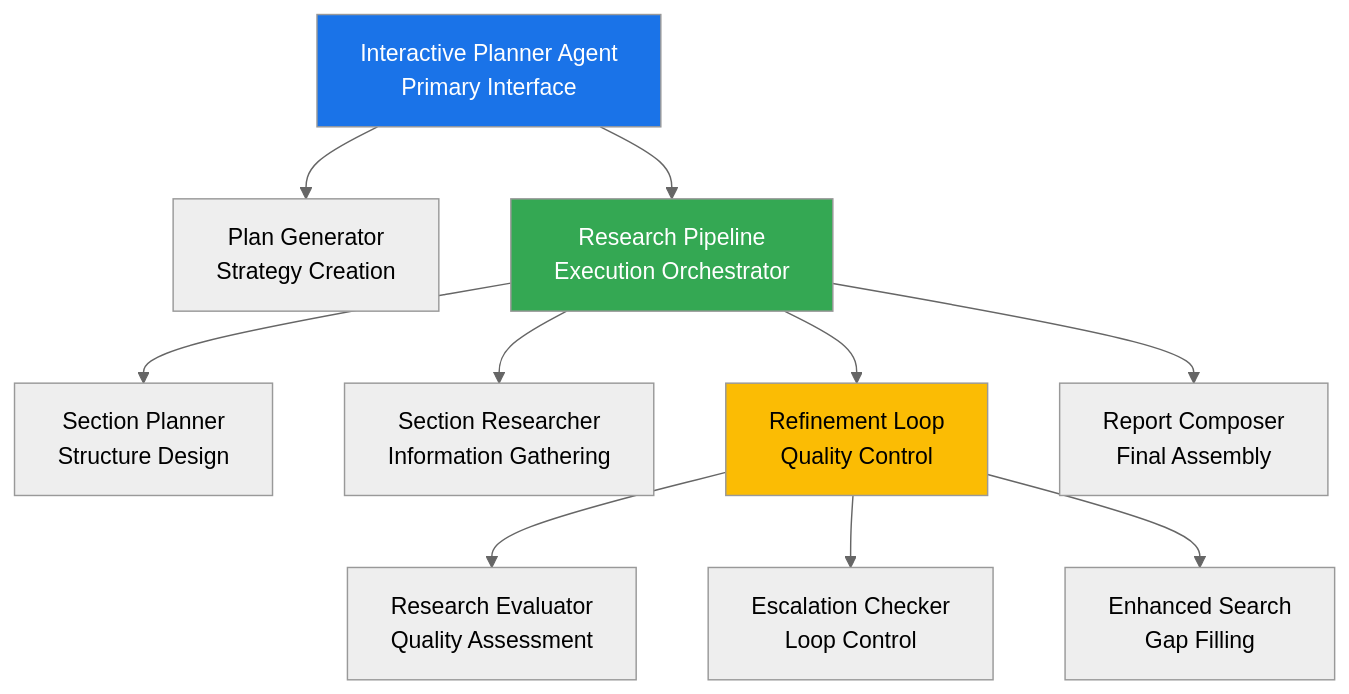
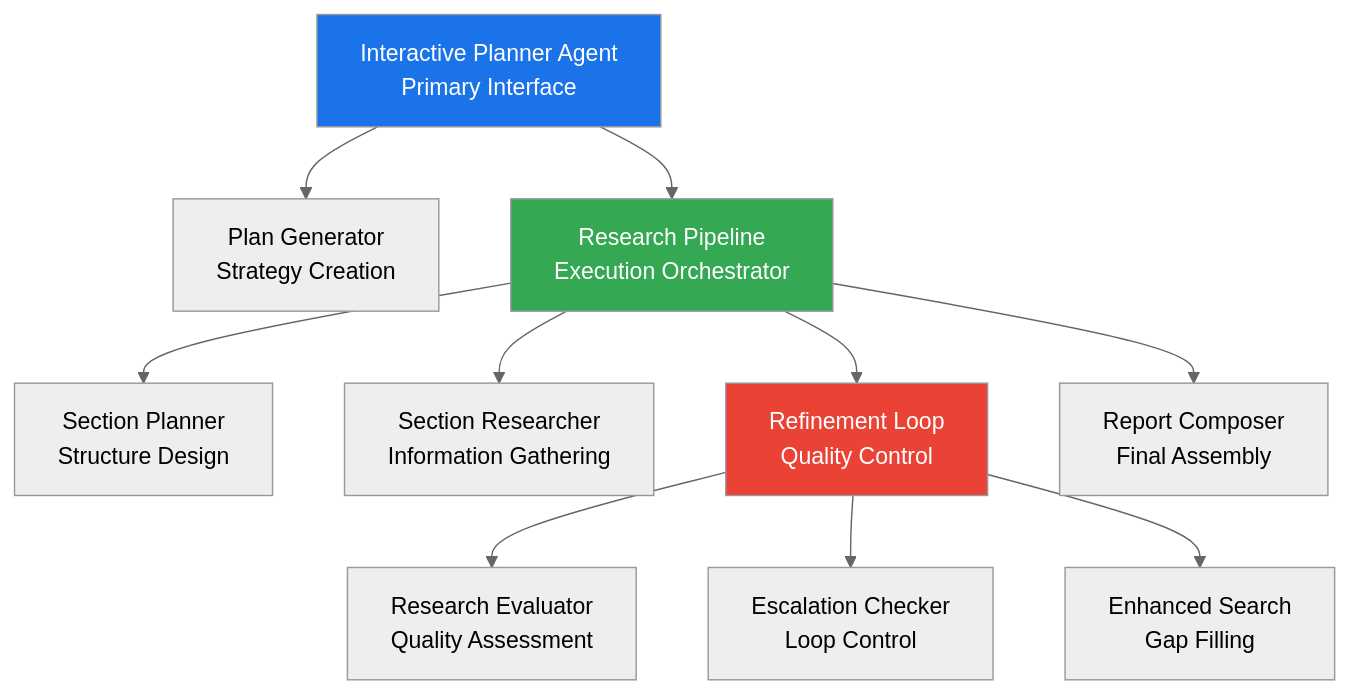
Before and after one commit to NickB03/vana: the fourth of 5 diagrams in README.md, drawn with Mermaid (neutral theme). The commit also changed other lines of this file, not shown here.

````diff
--- a/README.md
+++ b/README.md
@@ -263,20 +262,20 @@
 ```mermaid
 graph TD
     IA[Interactive Planner Agent<br/>Primary Interface] 
     
     IA --> PG[Plan Generator<br/>Strategy Creation]
     IA --> RP[Research Pipeline<br/>Execution Orchestrator]
     
     RP --> SP[Section Planner<br/>Structure Design]
     RP --> SR[Section Researcher<br/>Information Gathering]
     RP --> RL[Refinement Loop<br/>Quality Control]
     RP --> RC[Report Composer<br/>Final Assembly]
     
     RL --> RE[Research Evaluator<br/>Quality Assessment]
     RL --> EC[Escalation Checker<br/>Loop Control]
     RL --> ES[Enhanced Search<br/>Gap Filling]
     
     style IA fill:#1a73e8,color:#fff
     style RP fill:#34a853,color:#fff
-    style RL fill:#fbbc04,color:#000
+    style RL fill:#EA4335,color:#fff
 ```
````
